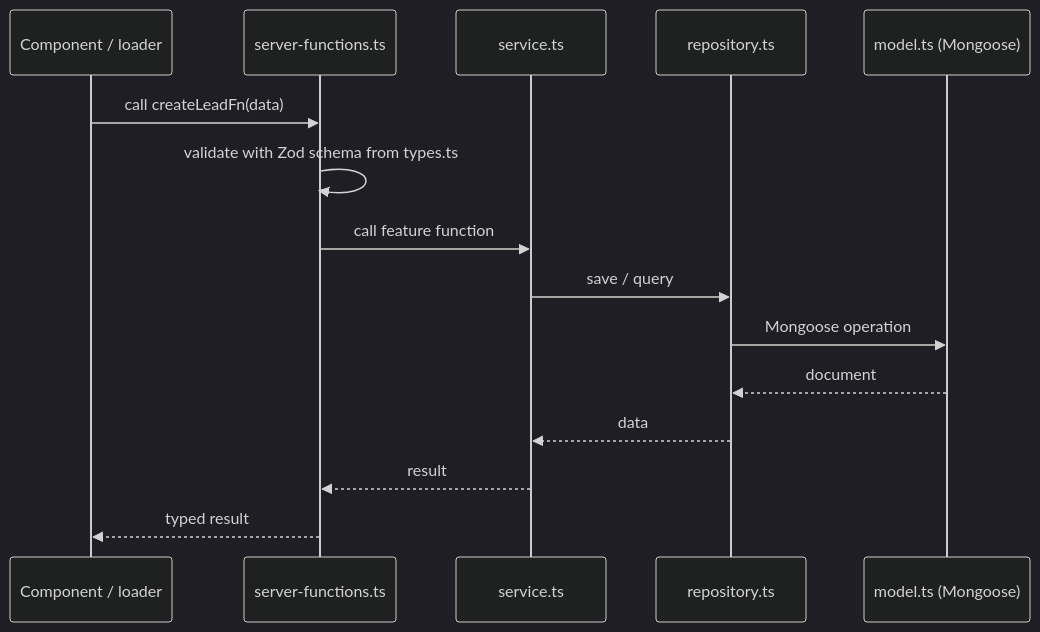
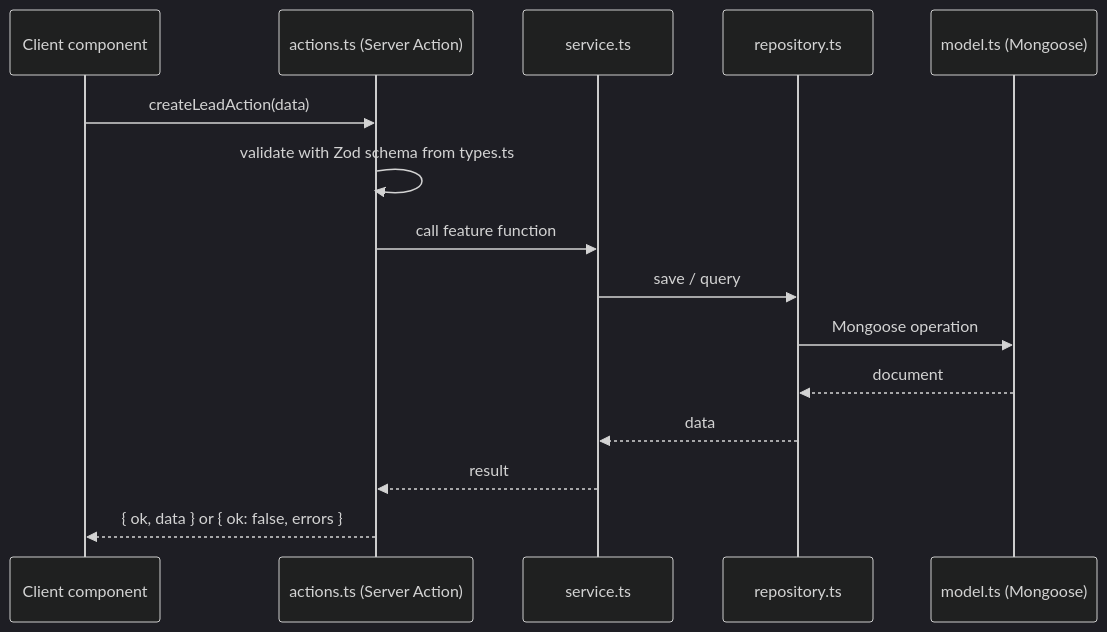
Before and after one commit to AhmedElnagarUU/Demmoss: the second of 3 diagrams in docs/03-architecture.md, drawn with Mermaid (dark theme). The commit also changed other lines of this file and 19 other files, not shown here.

````diff
--- a/docs/03-architecture.md
+++ b/docs/03-architecture.md
@@ -86,17 +99,17 @@
 ```mermaid
 sequenceDiagram
-  participant B as Component / loader
-  participant F as server-functions.ts
+  participant B as Client component
+  participant A as actions.ts (Server Action)
   participant S as service.ts
   participant Rep as repository.ts
   participant M as model.ts (Mongoose)
-  B->>F: call createLeadFn(data)
-  F->>F: validate with Zod schema from types.ts
-  F->>S: call feature function
+  B->>A: createLeadAction(data)
+  A->>A: validate with Zod schema from types.ts
+  A->>S: call feature function
   S->>Rep: save / query
   Rep->>M: Mongoose operation
   M-->>Rep: document
   Rep-->>S: data
-  S-->>F: result
-  F-->>B: typed result
+  S-->>A: result
+  A-->>B: { ok, data } or { ok: false, errors }
 ```
````
